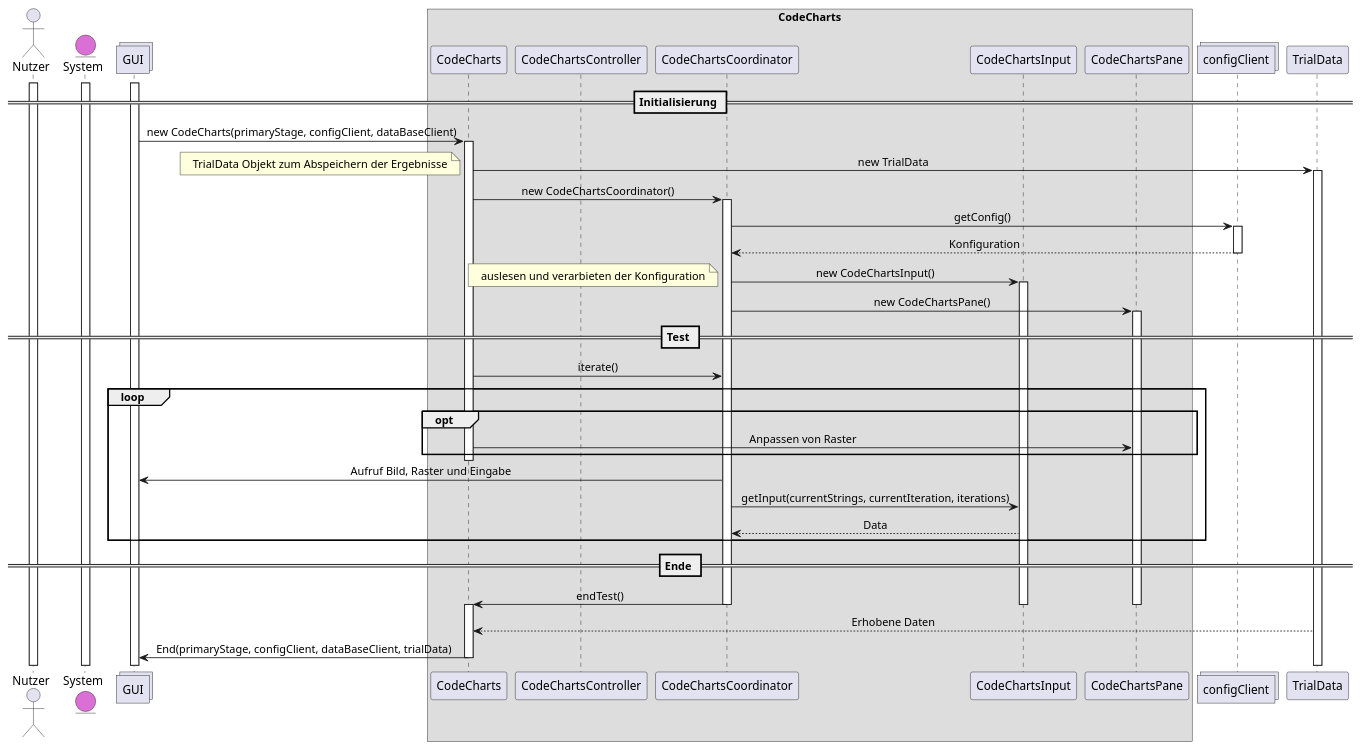
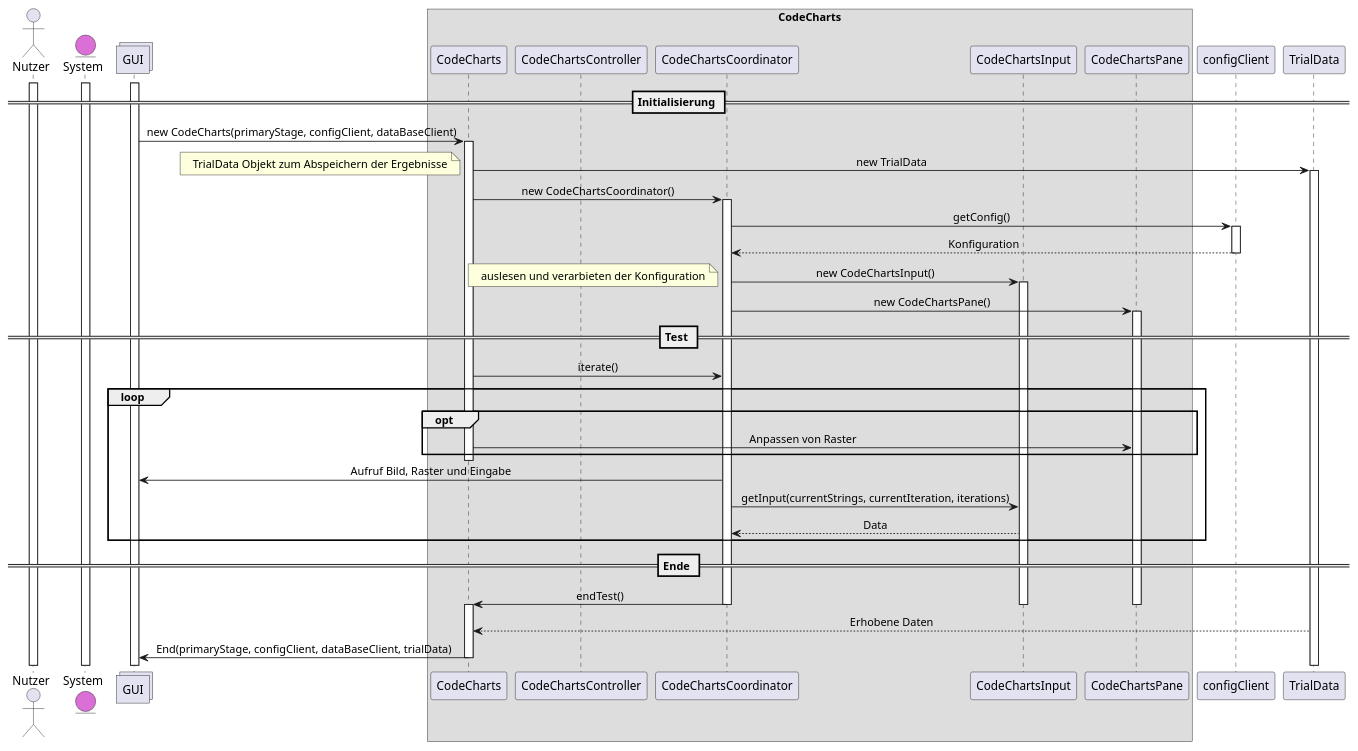
The diagram in uml-sequence/codecharts/sequenz-codecharts.puml (weichware-10/dokumente), drawn with PlantUML before and after one commit.

Commit message:
[fix] no collection

```diff
--- a/uml-sequence/codecharts/sequenz-codecharts.puml
+++ b/uml-sequence/codecharts/sequenz-codecharts.puml
@@ -1,65 +1,65 @@
 @startuml codecharts
 skinparam defaultTextAlignment center
 
 actor       Nutzer          as n
 entity      System          as s    #DA70D5
 collections GUI             as g
 
 box CodeCharts
 
 participant CodeCharts              as cc
 participant CodeChartsController    as ct
 participant CodeChartsCoordinator   as co
 participant CodeChartsInput         as ci
 participant CodeChartsPane          as cp
 end box
 
-collections configClient            as c
+participant configClient            as c
 participant TrialData               as td
 
 activate n
 activate s
 activate g
 
 == Initialisierung ==
 g -> cc : new CodeCharts(primaryStage, configClient, dataBaseClient)
 activate cc
 cc -> td : new TrialData
 activate td
 note left: TrialData Objekt zum Abspeichern der Ergebnisse
 cc -> co : new CodeChartsCoordinator()
 activate co
 co -> c : getConfig()
 activate c
 c --> co : Konfiguration
 deactivate c
 co -> ci : new CodeChartsInput()
 activate ci
 note left : auslesen und verarbieten der Konfiguration
 co -> cp : new CodeChartsPane()
 activate cp
 
 == Test ==
 cc -> co : iterate()
 loop
     opt
         cc -> cp : Anpassen von Raster
     end
     deactivate cc
     activate co
     co -> g : Aufruf Bild, Raster und Eingabe
     co -> ci : getInput(currentStrings, currentIteration, iterations)
     ci --> co : Data
 end
 
 == Ende == 
 co -> cc : endTest()
 deactivate co
 deactivate cp
 deactivate ci
 activate cc
 td --> cc : Erhobene Daten
 cc -> g : End(primaryStage, configClient, dataBaseClient, trialData)
 deactivate cc
 
 @enduml
```
